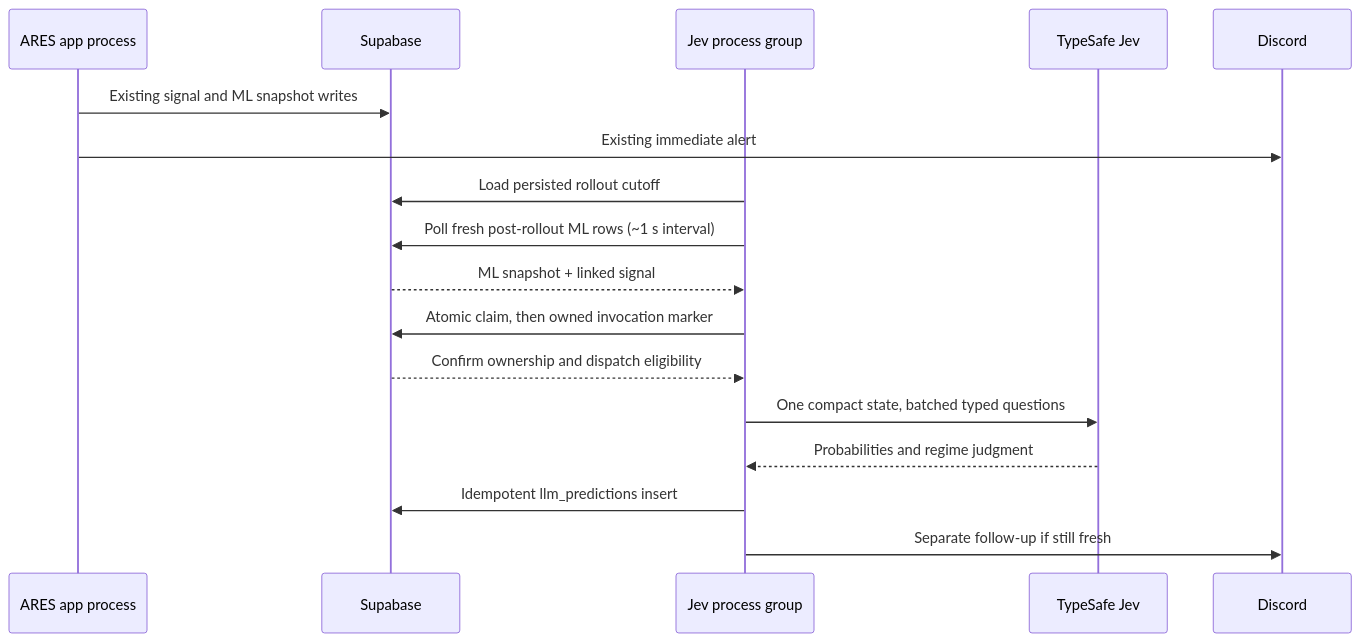
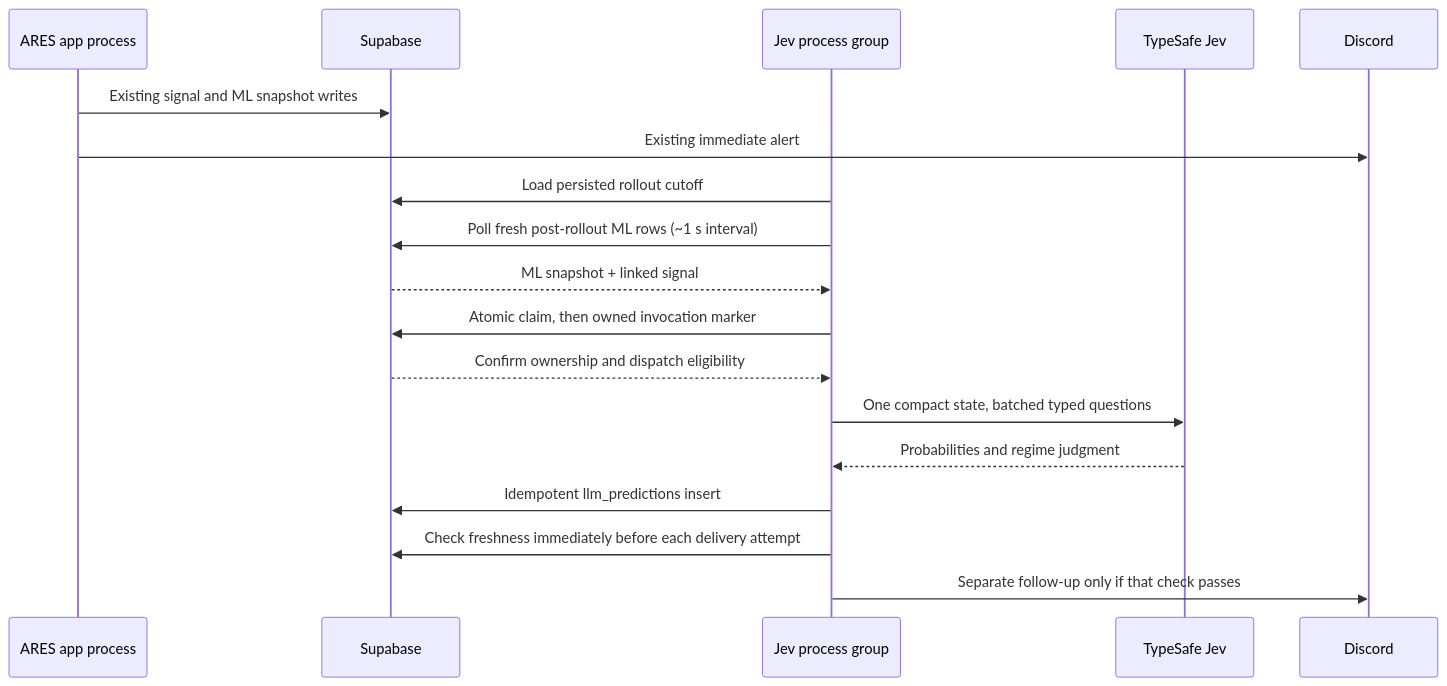
One commit to Manmade-Anyme/ARES changed the diagram in reports/research/TASK-210_system-one-poc-assessment.md. Above: the diagram before and after it, drawn with Mermaid. The commit also changed other lines of this file and 1 other file, not shown here.

Commit message:
docs(TASK-210): gate every Discord retry on freshness

````diff
--- a/reports/research/TASK-210_system-one-poc-assessment.md
+++ b/reports/research/TASK-210_system-one-poc-assessment.md
@@ -30,19 +30,20 @@
 ```mermaid
 sequenceDiagram
   participant A as ARES app process
   participant DB as Supabase
   participant J as Jev process group
   participant T as TypeSafe Jev
   participant D as Discord
   A->>DB: Existing signal and ML snapshot writes
   A->>D: Existing immediate alert
   J->>DB: Load persisted rollout cutoff
   J->>DB: Poll fresh post-rollout ML rows (~1 s interval)
   DB-->>J: ML snapshot + linked signal
   J->>DB: Atomic claim, then owned invocation marker
   DB-->>J: Confirm ownership and dispatch eligibility
   J->>T: One compact state, batched typed questions
   T-->>J: Probabilities and regime judgment
   J->>DB: Idempotent llm_predictions insert
-  J->>D: Separate follow-up if still fresh
+  J->>DB: Check freshness immediately before each delivery attempt
+  J->>D: Separate follow-up only if that check passes
 ```
````
